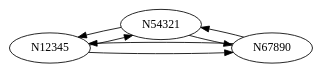
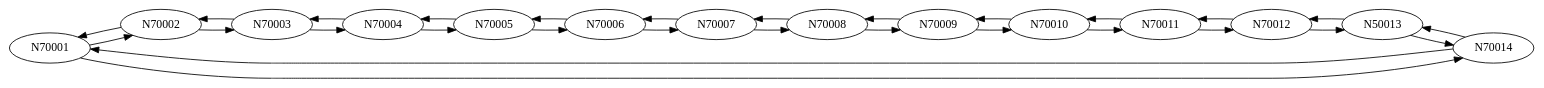
Before and after one commit to Samashoas/202109705_Proyecto_EDD: the diagram in cmake-build-debug/grafica_LC_Disponible.dot, drawn with Graphviz. The commit also changed 24 other files, not shown here.

```diff
--- a/cmake-build-debug/grafica_LC_Disponible.dot
+++ b/cmake-build-debug/grafica_LC_Disponible.dot
@@ -1,11 +1,44 @@
 digraph G { rankdir=LR; node [shape=oval];
-node0 [label="N12345"];
-node1 [label="N54321"];
-node2 [label="N67890"];
+node0 [label="N70001"];
+node1 [label="N70002"];
+node2 [label="N70003"];
+node3 [label="N70004"];
+node4 [label="N70005"];
+node5 [label="N70006"];
+node6 [label="N70007"];
+node7 [label="N70008"];
+node8 [label="N70009"];
+node9 [label="N70010"];
+node10 [label="N70011"];
+node11 [label="N70012"];
+node12 [label="N50013"];
+node13 [label="N70014"];
 node0 -> node1;
 node1 -> node0;
 node1 -> node2;
 node2 -> node1;
-node2 -> node0;
-node0 -> node2;
+node2 -> node3;
+node3 -> node2;
+node3 -> node4;
+node4 -> node3;
+node4 -> node5;
+node5 -> node4;
+node5 -> node6;
+node6 -> node5;
+node6 -> node7;
+node7 -> node6;
+node7 -> node8;
+node8 -> node7;
+node8 -> node9;
+node9 -> node8;
+node9 -> node10;
+node10 -> node9;
+node10 -> node11;
+node11 -> node10;
+node11 -> node12;
+node12 -> node11;
+node12 -> node13;
+node13 -> node12;
+node13 -> node0;
+node0 -> node13;
  }
```
